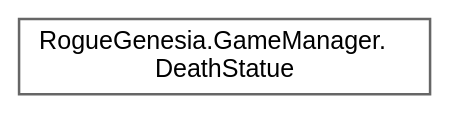
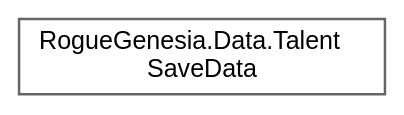
The diagram in inherit_graph_126.dot (PlexusDuMenton/RogueGenesiaModAPI), drawn with Graphviz before and after one commit. The commit also changed 1123 other files, not shown here.

```diff
--- a/inherit_graph_126.dot
+++ b/inherit_graph_126.dot
@@ -1,9 +1,9 @@
 digraph "Graphical Class Hierarchy"
 {
  // LATEX_PDF_SIZE
   bgcolor="transparent";
   edge [fontname=Helvetica,fontsize=10,labelfontname=Helvetica,labelfontsize=10];
   node [fontname=Helvetica,fontsize=10,shape=box,height=0.2,width=0.4];
   rankdir="LR";
-  Node0 [label="RogueGenesia.GameManager.\lDeathStatue",height=0.2,width=0.4,color="grey40", fillcolor="white", style="filled",URL="$class_rogue_genesia_1_1_game_manager_1_1_death_statue.html",tooltip=" "];
+  Node0 [label="RogueGenesia.Data.Talent\lSaveData",height=0.2,width=0.4,color="grey40", fillcolor="white", style="filled",URL="$class_rogue_genesia_1_1_data_1_1_talent_save_data.html",tooltip=" "];
 }
```
